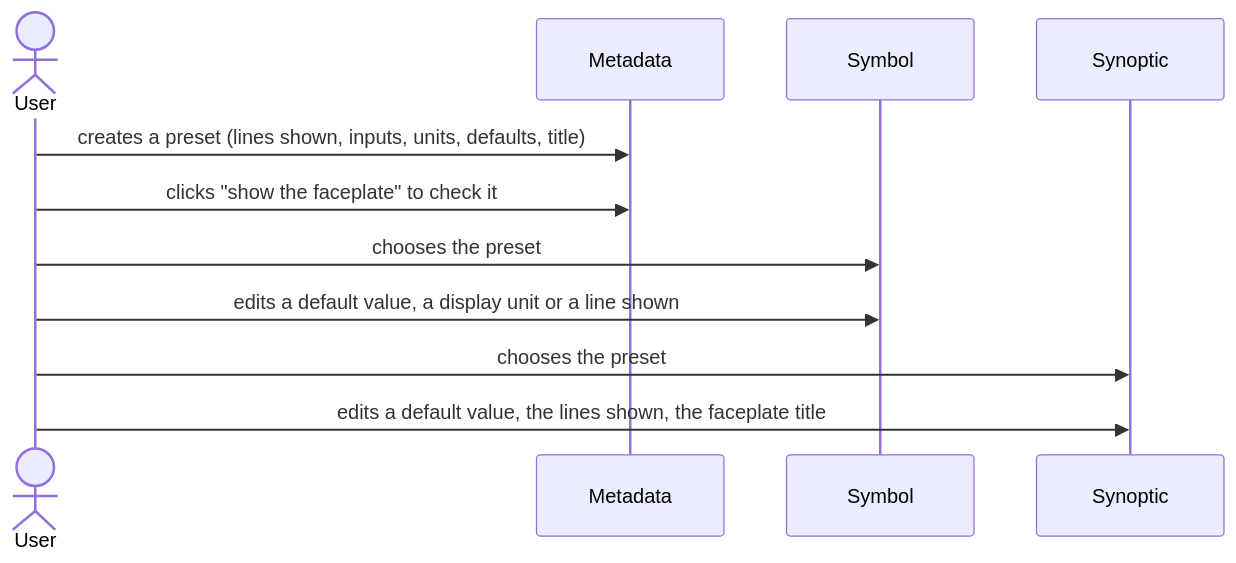
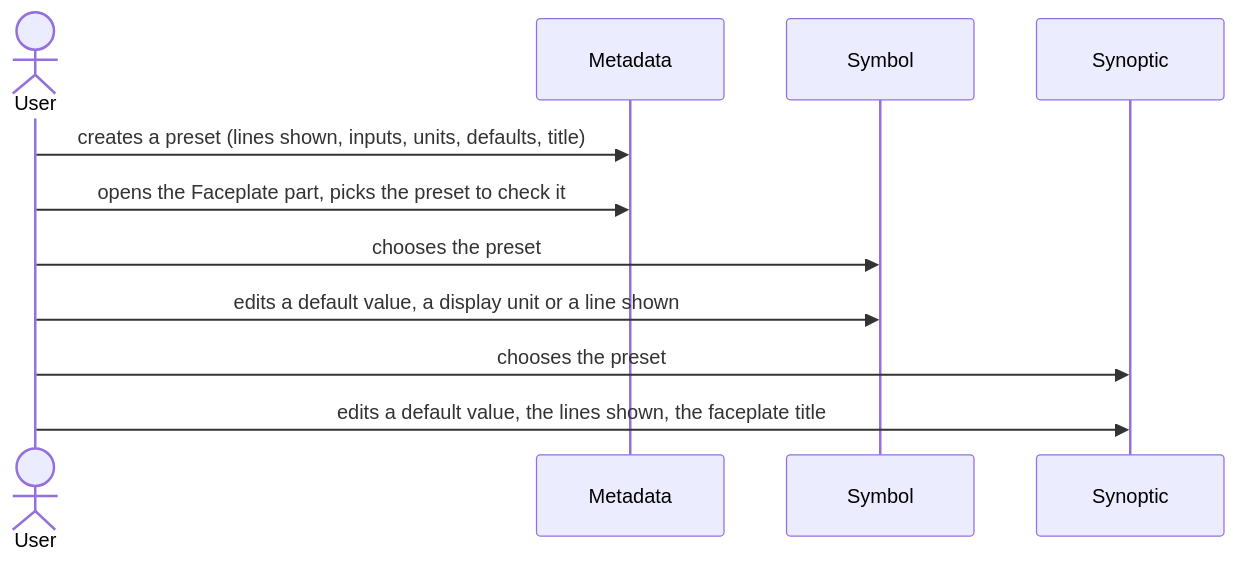
One commit to AlexandreGallais/synoptic-studio-spec changed the sixth of 6 diagrams in metadata/09-presets.md. Above: the diagram before and after it, drawn with Mermaid. The commit also changed other lines of this file and 5 other files, not shown here.

````diff
--- a/metadata/09-presets.md
+++ b/metadata/09-presets.md
@@ -125,13 +134,13 @@
 ```mermaid
 sequenceDiagram
     actor U as User
     participant MD as Metadata
     participant SY as Symbol
     participant SN as Synoptic
     U->>MD: creates a preset (lines shown, inputs, units, defaults, title)
-    U->>MD: clicks "show the faceplate" to check it
+    U->>MD: opens the Faceplate part, picks the preset to check it
     U->>SY: chooses the preset
     U->>SY: edits a default value, a display unit or a line shown
     U->>SN: chooses the preset
     U->>SN: edits a default value, the lines shown, the faceplate title
 ```
````
